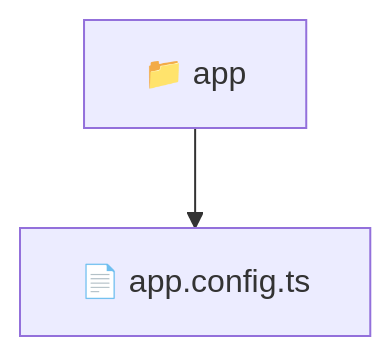
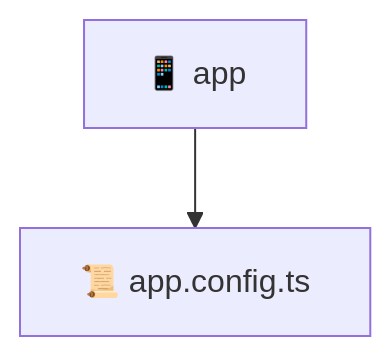
Before and after one commit to beginwebdev2002/fullstack-mavluda: the diagram in frontend/src/app/README.md, drawn with Mermaid. The commit also changed other lines of this file and 163 other files, not shown here.

````diff
--- a/frontend/src/app/README.md
+++ b/frontend/src/app/README.md
@@ -11,5 +11,5 @@
 ```mermaid
 graph TD
-  Root["📁 app"]
-  Root --> app_config_ts["📄 app.config.ts"]
+  app["📱 app"]
+  app --> app_config_ts["📜 app.config.ts"]
 ```
````
